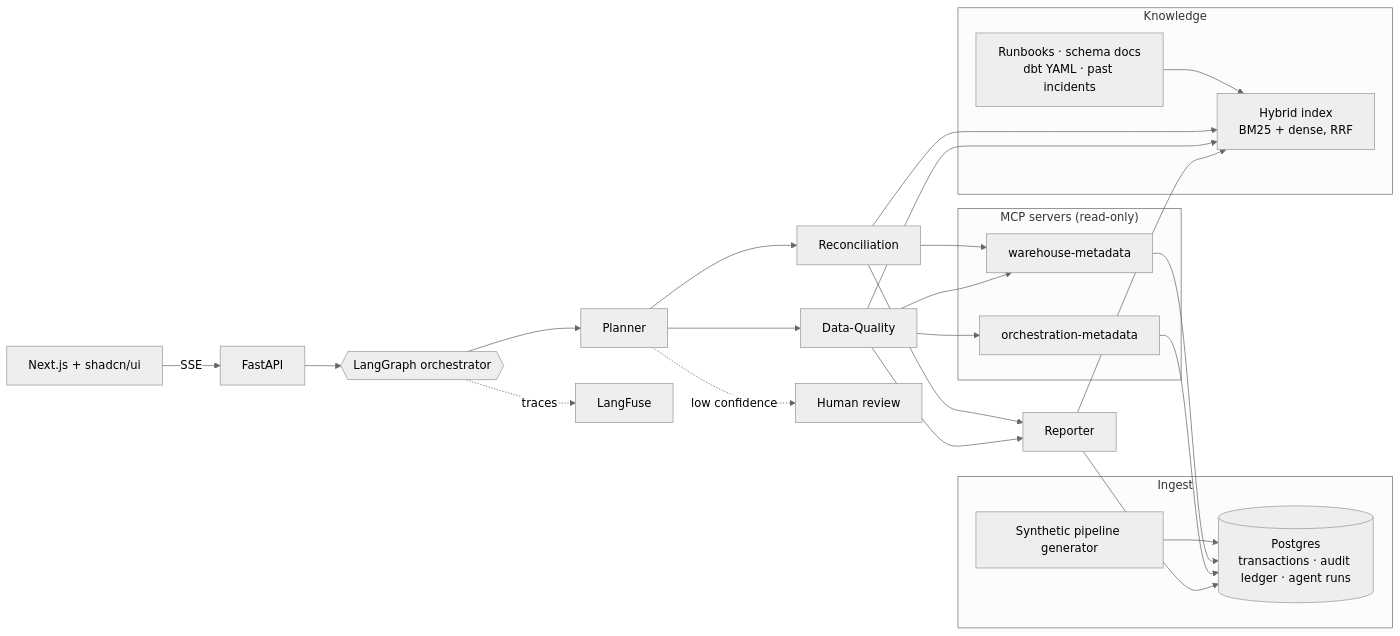
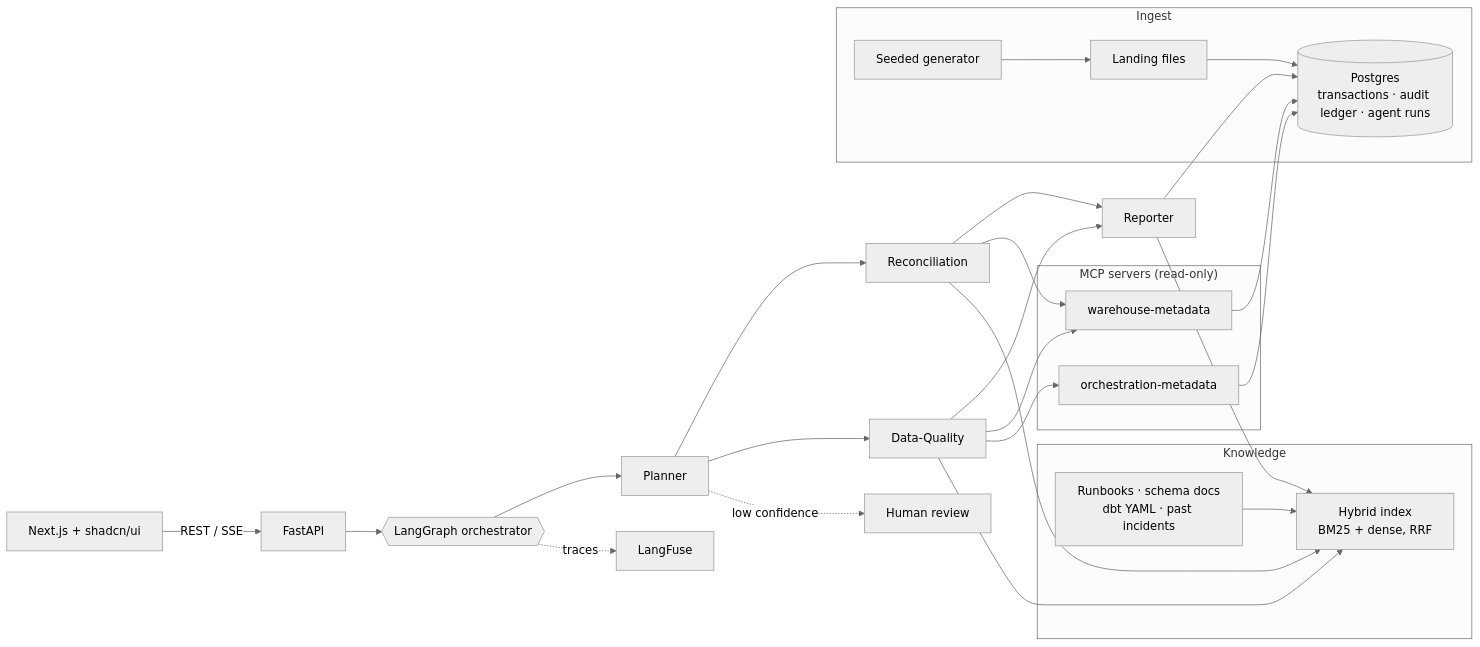
One commit to rahulramachandran-labs/reconmind changed the diagram in README.md. Above: the diagram before and after it, drawn with Mermaid (neutral theme). The commit also changed other lines of this file and 5 other files, not shown here.

````diff
--- a/README.md
+++ b/README.md
@@ -28,28 +181,28 @@
 ```mermaid
 flowchart LR
     subgraph Ingest
-        GEN[Synthetic pipeline generator] --> PG[(Postgres<br/>transactions · audit ledger · agent runs)]
+        GEN[Seeded generator] --> LAND[Landing files] --> PG[(Postgres<br/>transactions · audit ledger · agent runs)]
     end
     subgraph Knowledge
         DOCS[Runbooks · schema docs<br/>dbt YAML · past incidents] --> IDX[Hybrid index<br/>BM25 + dense, RRF]
     end
     subgraph Tools["MCP servers (read-only)"]
         WH[warehouse-metadata]
         OR[orchestration-metadata]
     end
-    UI[Next.js + shadcn/ui] -- SSE --> API[FastAPI]
+    UI[Next.js + shadcn/ui] -- REST / SSE --> API[FastAPI]
     API --> G{{LangGraph orchestrator}}
     G --> P[Planner]
     P --> R[Reconciliation]
     P --> Q[Data-Quality]
     P -. low confidence .-> H[Human review]
     R --> REP[Reporter]
     Q --> REP
     R --> WH
     Q --> WH
     Q --> OR
     R & Q & REP --> IDX
     WH & OR --> PG
     REP --> PG
     G -. traces .-> LF[LangFuse]
 ```
````
